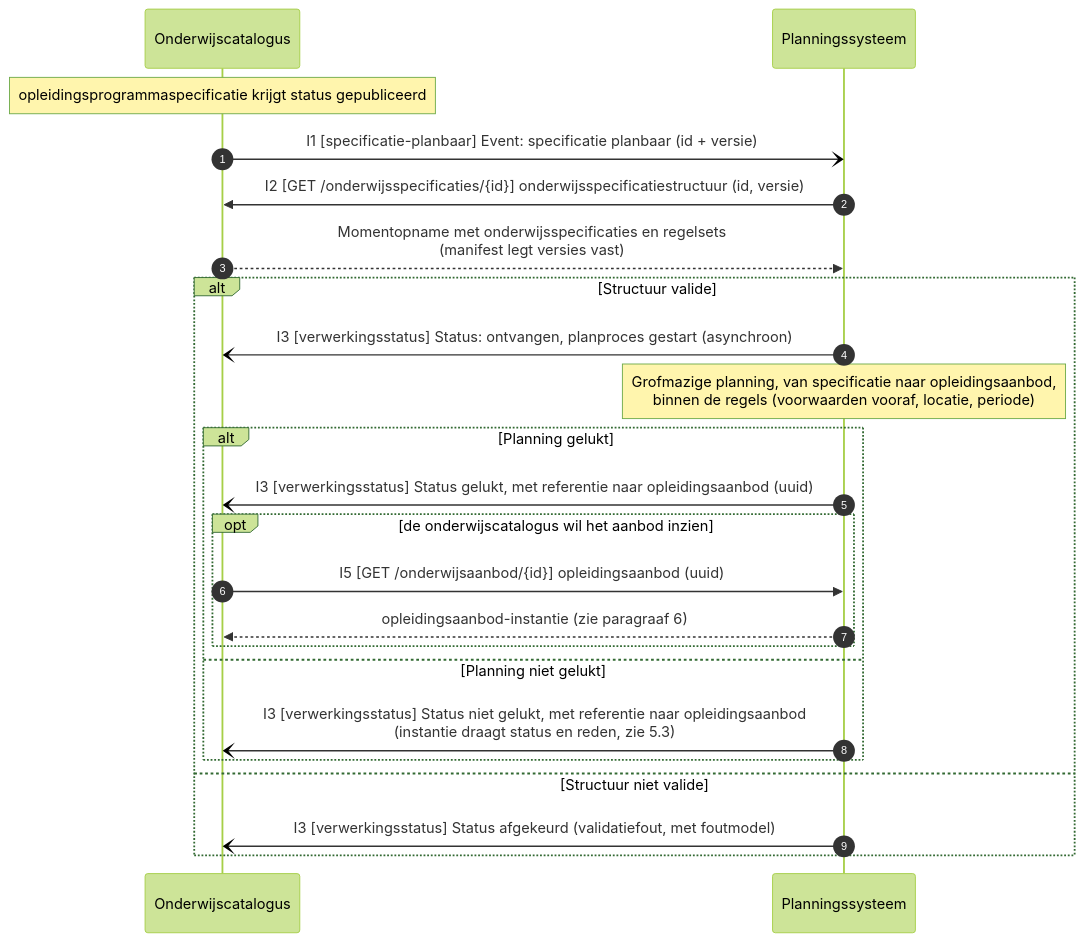
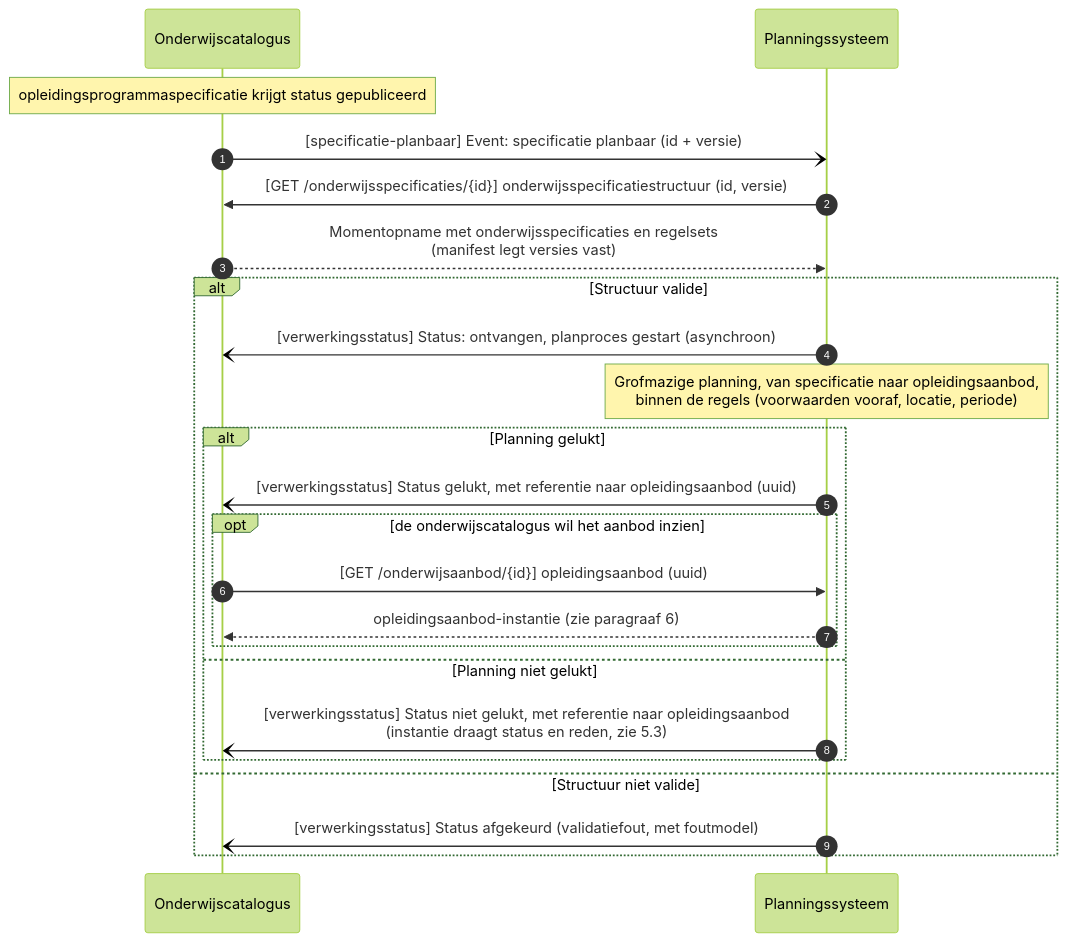
One commit to Npuls-OKx/Public changed the second of 9 diagrams in Koppelvlakspecificaties/Koppelingspecificaties/onderwijscatalogus-planning-en-roostering.md. Above: the diagram before and after it, drawn with Mermaid (forest theme). The commit also changed other lines of this file and 5 other files, not shown here.

````diff
--- a/Koppelvlakspecificaties/Koppelingspecificaties/onderwijscatalogus-planning-en-roostering.md
+++ b/Koppelvlakspecificaties/Koppelingspecificaties/onderwijscatalogus-planning-en-roostering.md
@@ -120,26 +84,26 @@
 ```mermaid
 sequenceDiagram
     autonumber
     participant Onderwijscatalogus
     participant Planningssysteem
 
     Note over Onderwijscatalogus: opleidingsprogrammaspecificatie krijgt status gepubliceerd
-    Onderwijscatalogus-)Planningssysteem: I1 [specificatie-planbaar] Event: specificatie planbaar (id + versie)
-    Planningssysteem->>Onderwijscatalogus: I2 [GET /onderwijsspecificaties/{id}] onderwijsspecificatiestructuur (id, versie)
+    Onderwijscatalogus-)Planningssysteem: [specificatie-planbaar] Event: specificatie planbaar (id + versie)
+    Planningssysteem->>Onderwijscatalogus: [GET /onderwijsspecificaties/{id}] onderwijsspecificatiestructuur (id, versie)
     Onderwijscatalogus-->>Planningssysteem: Momentopname met onderwijsspecificaties en regelsets<br/>(manifest legt versies vast)
     alt Structuur valide
-        Planningssysteem-)Onderwijscatalogus: I3 [verwerkingsstatus] Status: ontvangen, planproces gestart (asynchroon)
+        Planningssysteem-)Onderwijscatalogus: [verwerkingsstatus] Status: ontvangen, planproces gestart (asynchroon)
         Note over Planningssysteem: Grofmazige planning, van specificatie naar opleidingsaanbod,<br/>binnen de regels (voorwaarden vooraf, locatie, periode)
         alt Planning gelukt
-            Planningssysteem-)Onderwijscatalogus: I3 [verwerkingsstatus] Status gelukt, met referentie naar opleidingsaanbod (uuid)
+            Planningssysteem-)Onderwijscatalogus: [verwerkingsstatus] Status gelukt, met referentie naar opleidingsaanbod (uuid)
             opt de onderwijscatalogus wil het aanbod inzien
-                Onderwijscatalogus->>Planningssysteem: I5 [GET /onderwijsaanbod/{id}] opleidingsaanbod (uuid)
+                Onderwijscatalogus->>Planningssysteem: [GET /onderwijsaanbod/{id}] opleidingsaanbod (uuid)
                 Planningssysteem-->>Onderwijscatalogus: opleidingsaanbod-instantie (zie paragraaf 6)
             end
         else Planning niet gelukt
-            Planningssysteem-)Onderwijscatalogus: I3 [verwerkingsstatus] Status niet gelukt, met referentie naar opleidingsaanbod<br/>(instantie draagt status en reden, zie 5.3)
+            Planningssysteem-)Onderwijscatalogus: [verwerkingsstatus] Status niet gelukt, met referentie naar opleidingsaanbod<br/>(instantie draagt status en reden, zie 5.3)
         end
     else Structuur niet valide
-        Planningssysteem-)Onderwijscatalogus: I3 [verwerkingsstatus] Status afgekeurd (validatiefout, met foutmodel)
+        Planningssysteem-)Onderwijscatalogus: [verwerkingsstatus] Status afgekeurd (validatiefout, met foutmodel)
     end
 ```
````
